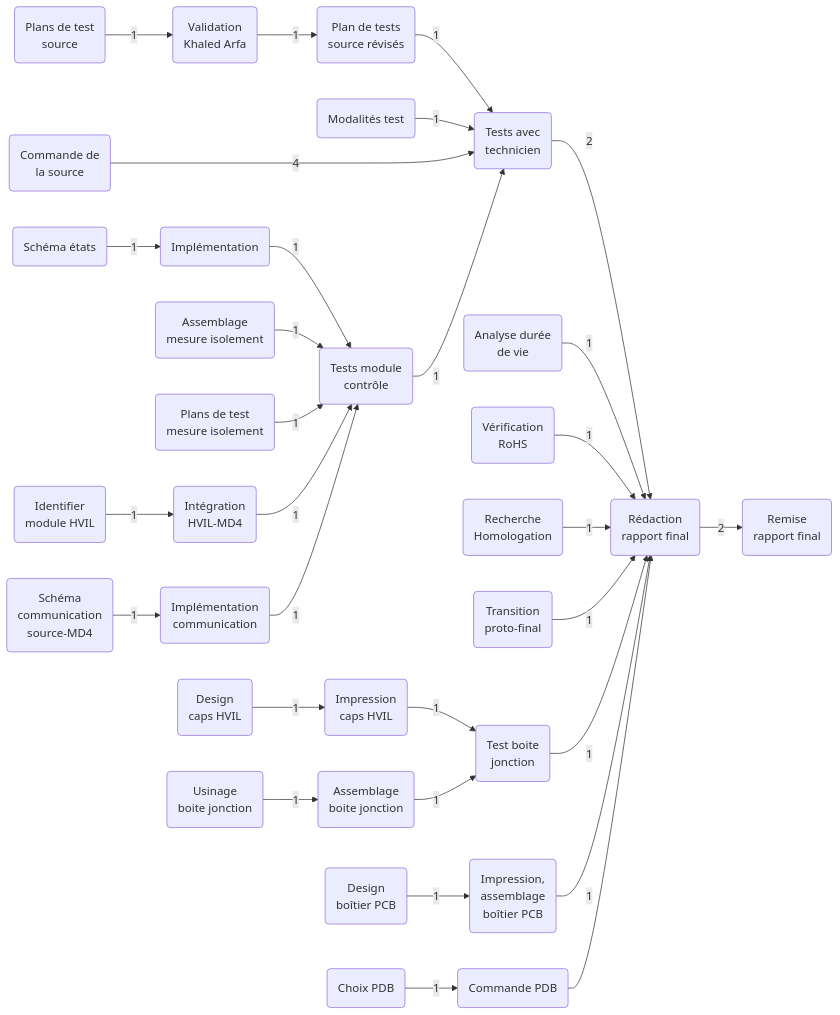
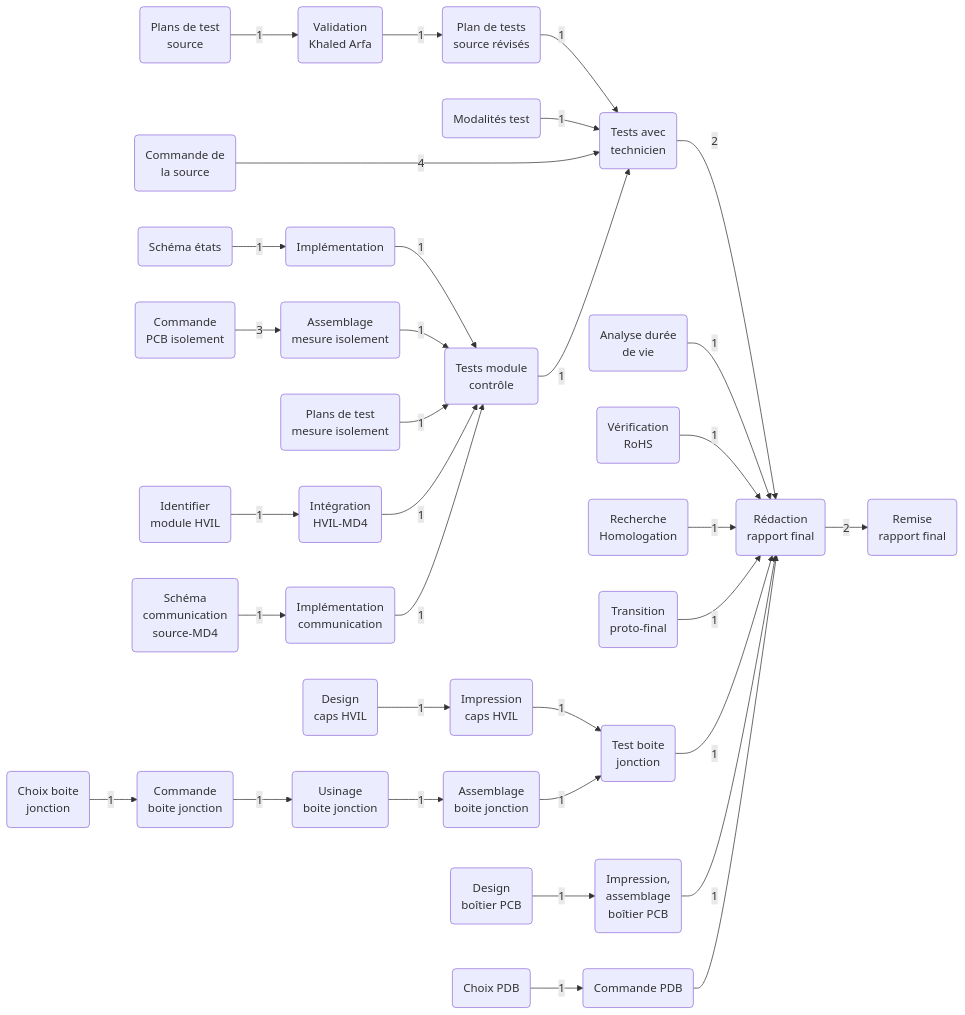
One commit to felax/OUTILLAGE changed the first of 4 diagrams in README.md. Above: the diagram before and after it, drawn with Mermaid.

````diff
--- a/README.md
+++ b/README.md
@@ -2,37 +2,40 @@
 ``` mermaid
 graph LR
     A(Plans de test<br>source) --> |1| B(Validation<br>Khaled Arfa)
     B --> |1| C(Plan de tests <br>source révisés)
     C --> |1| D(Tests avec<br>technicien)
     E(Modalités test) --> |1| D
     F(Commande de <br>la source) ----> |4| D
     D --> |2| G
 
     H(Analyse durée<br>de vie) --> |1| G(Rédaction <br> rapport final)
     I(Vérification<br>RoHS) --> |1| G
     J(Recherche <br> Homologation) --> |1| G
     K(Transition <br> proto-final) --> |1| G
 
     L(Schéma états) --> |1| M(Implémentation)
     M --> |1| N(Tests module <br> contrôle)
     N --> |1| D
+    g(Commande <br> PCB isolement) -->|3| O
     O(Assemblage <br> mesure isolement) --> |1| N
     P(Plans de test <br> mesure isolement) --> |1| N
     Q(Identifier <br> module HVIL) --> |1| R(Intégration <br> HVIL-MD4)
     R --> |1| N
     S(Schéma <br> communication <br> source-MD4) --> |1| T(Implémentation <br> communication)
     T --> |1| N
 
     U(Design <br> caps HVIL) --> |1| V(Impression <br> caps HVIL)
     V --> |1| Y(Test boite <br> jonction)
     W(Usinage <br> boite jonction) --> |1| X(Assemblage <br> boite jonction)
+    e(Choix boite <br>jonction) --> |1| f(Commande <br> boite jonction)
+    f --> |1| W
     X --> |1| Y
     Y --> |1| G
 
     Z(Design <br> boîtier PCB) --> |1| a(Impression, <br> assemblage <br> boîtier PCB)
     a --> |1| G
     b(Choix PDB) --> |1| c(Commande PDB)
     c --> G
 
     G --> |2| d(Remise <br> rapport final)
 ```
````
